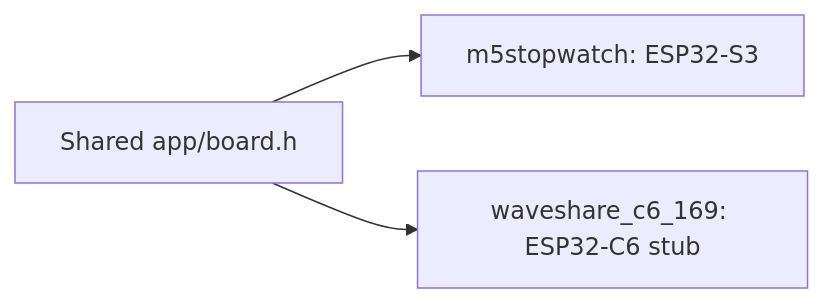
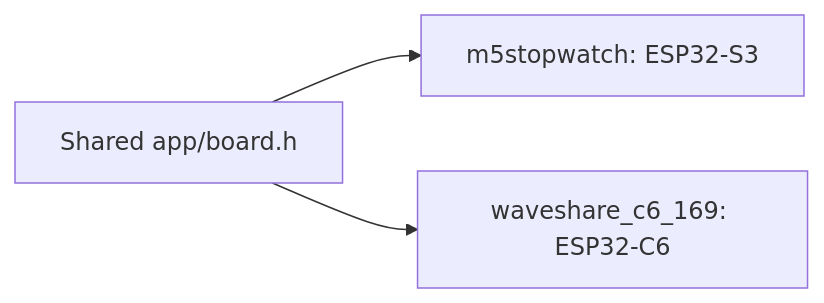
The diagram in FW/boards/README.md (Harwasch/voiceremote), drawn with Mermaid before and after one commit. The commit also changed other lines of this file and 40 other files, not shown here.

````diff
--- a/FW/boards/README.md
+++ b/FW/boards/README.md
@@ -3,5 +3,5 @@
 ```mermaid
 flowchart LR
     App[Shared app/board.h] --> M5[m5stopwatch: ESP32-S3]
-    App --> C6[waveshare_c6_169: ESP32-C6 stub]
+    App --> C6[waveshare_c6_169: ESP32-C6]
 ```
````
